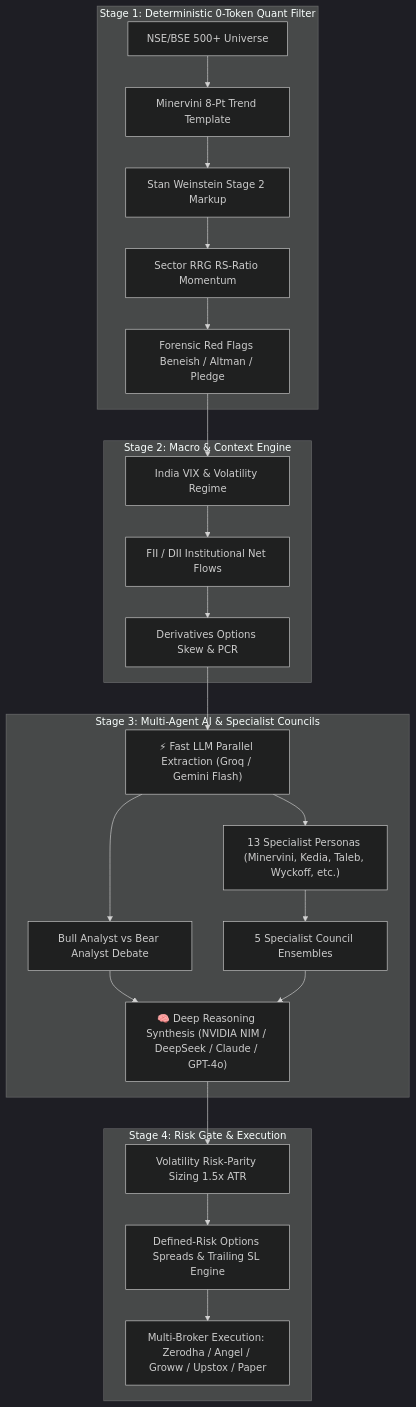
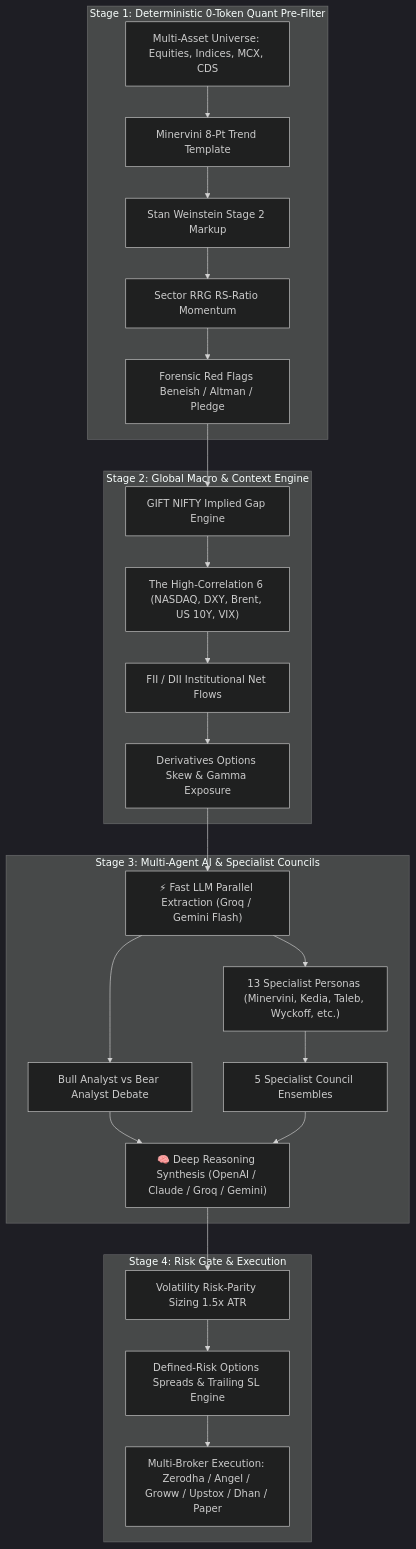
One commit to brij-home/chanakya-trade changed the diagram in README.md. Above: the diagram before and after it, drawn with Mermaid (dark theme). The commit also changed other lines of this file and 1 other file, not shown here.

Commit message:
docs: update README and skill runbooks with global macro, magic trend, portfolio doctor, and tiered validation

````diff
--- a/README.md
+++ b/README.md
@@ -45,29 +48,30 @@
 ```mermaid
 flowchart TD
-    subgraph S1["Stage 1: Deterministic 0-Token Quant Filter"]
-        A[NSE/BSE 500+ Universe] --> B[Minervini 8-Pt Trend Template]
+    subgraph S1["Stage 1: Deterministic 0-Token Quant Pre-Filter"]
+        A[Multi-Asset Universe: Equities, Indices, MCX, CDS] --> B[Minervini 8-Pt Trend Template]
         B --> C[Stan Weinstein Stage 2 Markup]
         C --> D[Sector RRG RS-Ratio Momentum]
         D --> E[Forensic Red Flags Beneish / Altman / Pledge]
     end
 
-    subgraph S2["Stage 2: Macro & Context Engine"]
-        E --> F[India VIX & Volatility Regime]
-        F --> G[FII / DII Institutional Net Flows]
-        G --> H[Derivatives Options Skew & PCR]
+    subgraph S2["Stage 2: Global Macro & Context Engine"]
+        E --> F[GIFT NIFTY Implied Gap Engine]
+        F --> G["The High-Correlation 6 (NASDAQ, DXY, Brent, US 10Y, VIX)"]
+        G --> H[FII / DII Institutional Net Flows]
+        H --> I[Derivatives Options Skew & Gamma Exposure]
     end
 
     subgraph S3["Stage 3: Multi-Agent AI & Specialist Councils"]
-        H --> I["⚡ Fast LLM Parallel Extraction (Groq / Gemini Flash)"]
-        I --> J["Bull Analyst vs Bear Analyst Debate"]
-        I --> K["13 Specialist Personas (Minervini, Kedia, Taleb, Wyckoff, etc.)"]
-        K --> L["5 Specialist Council Ensembles"]
-        J & L --> M["🧠 Deep Reasoning Synthesis (NVIDIA NIM / DeepSeek / Claude / GPT-4o)"]
+        I --> J["⚡ Fast LLM Parallel Extraction (Groq / Gemini Flash)"]
+        J --> K["Bull Analyst vs Bear Analyst Debate"]
+        J --> L["13 Specialist Personas (Minervini, Kedia, Taleb, Wyckoff, etc.)"]
+        L --> M["5 Specialist Council Ensembles"]
+        K & M --> N["🧠 Deep Reasoning Synthesis (OpenAI / Claude / Groq / Gemini)"]
     end
 
     subgraph S4["Stage 4: Risk Gate & Execution"]
-        M --> N[Volatility Risk-Parity Sizing 1.5x ATR]
-        N --> O[Defined-Risk Options Spreads & Trailing SL Engine]
-        O --> P[Multi-Broker Execution: Zerodha / Angel / Groww / Upstox / Paper]
+        N --> O[Volatility Risk-Parity Sizing 1.5x ATR]
+        O --> P[Defined-Risk Options Spreads & Trailing SL Engine]
+        P --> Q[Multi-Broker Execution: Zerodha / Angel / Groww / Upstox / Dhan / Paper]
     end
 ```
````
